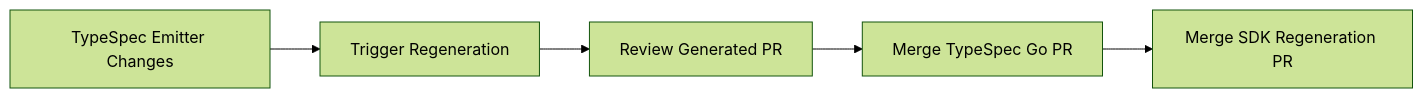
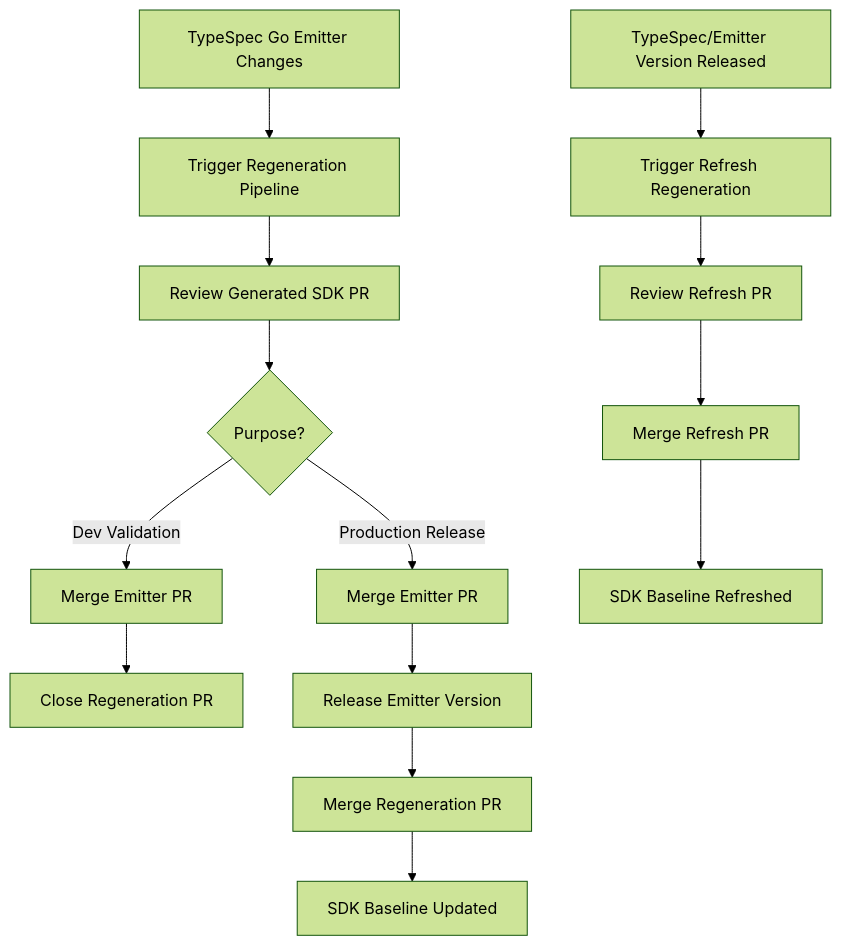
Before and after one commit to Azure/autorest.go: the diagram in docs/sdk-regeneration-pipeline.md, drawn with Mermaid (forest theme). The commit also changed other lines of this file, not shown here.

````diff
--- a/docs/sdk-regeneration-pipeline.md
+++ b/docs/sdk-regeneration-pipeline.md
@@ -101,7 +102,17 @@
 ```mermaid
-graph LR
-    A[TypeSpec Emitter Changes] --> B[Trigger Regeneration]
-    B --> C[Review Generated PR]
-    C --> D[Merge TypeSpec Go PR]
-    D --> E[Merge SDK Regeneration PR]
+graph TB
+    A[TypeSpec Go Emitter Changes] --> B[Trigger Regeneration Pipeline]
+    B --> C[Review Generated SDK PR]
+    C --> D{Purpose?}
+    D -->|Dev Validation| E[Merge Emitter PR]
+    D -->|Production Release| F[Merge Emitter PR]
+    E --> G[Close Regeneration PR]
+    F --> H[Release Emitter Version]
+    H --> I[Merge Regeneration PR]
+    I --> J[SDK Baseline Updated]
+    
+    K[TypeSpec/Emitter Version Released] --> L[Trigger Refresh Regeneration]
+    L --> M[Review Refresh PR]
+    M --> N[Merge Refresh PR]
+    N --> O[SDK Baseline Refreshed]
 ```
````
